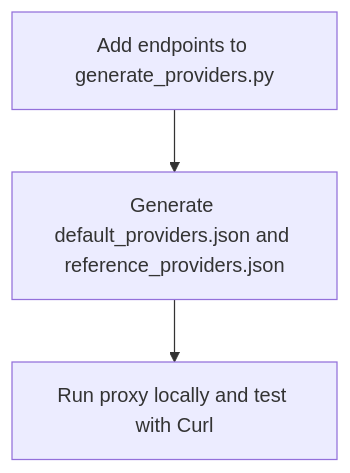
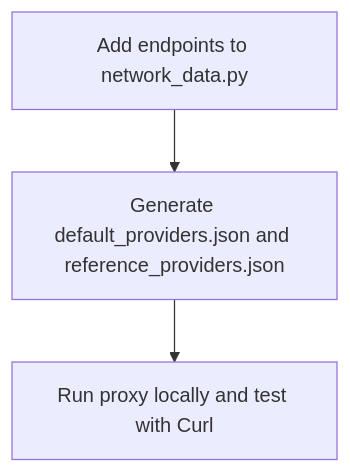
One commit to status-im/eth-rpc-proxy changed the diagram in docs/ADD_NEW_CHAINS.md. Above: the diagram before and after it, drawn with Mermaid. The commit also changed other lines of this file and 6 other files, not shown here.

````diff
--- a/docs/ADD_NEW_CHAINS.md
+++ b/docs/ADD_NEW_CHAINS.md
@@ -13,5 +13,5 @@
 ```mermaid
 flowchart TD
-    A[Add endpoints to generate_providers.py] --> B[Generate default_providers.json and reference_providers.json]
+    A[Add endpoints to network_data.py] --> B[Generate default_providers.json and reference_providers.json]
     B --> C[Run proxy locally and test with Curl]
 ```
````
